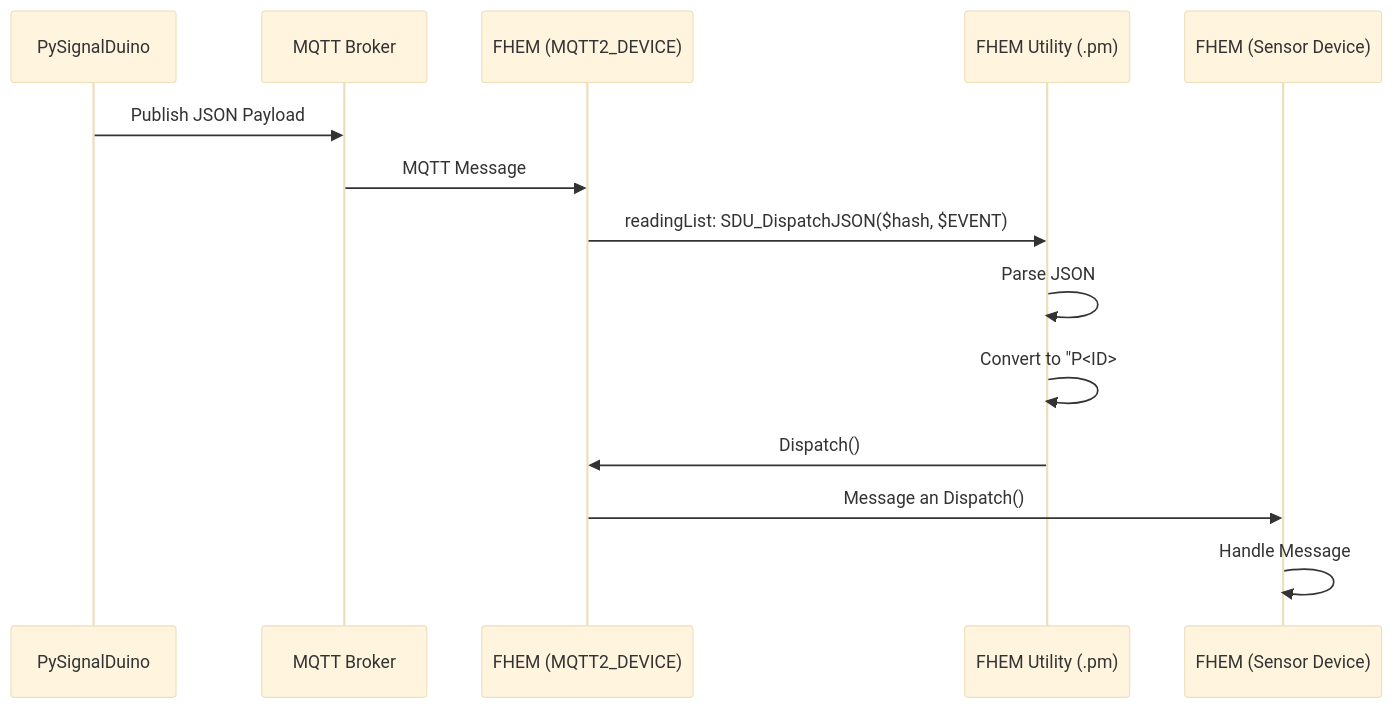
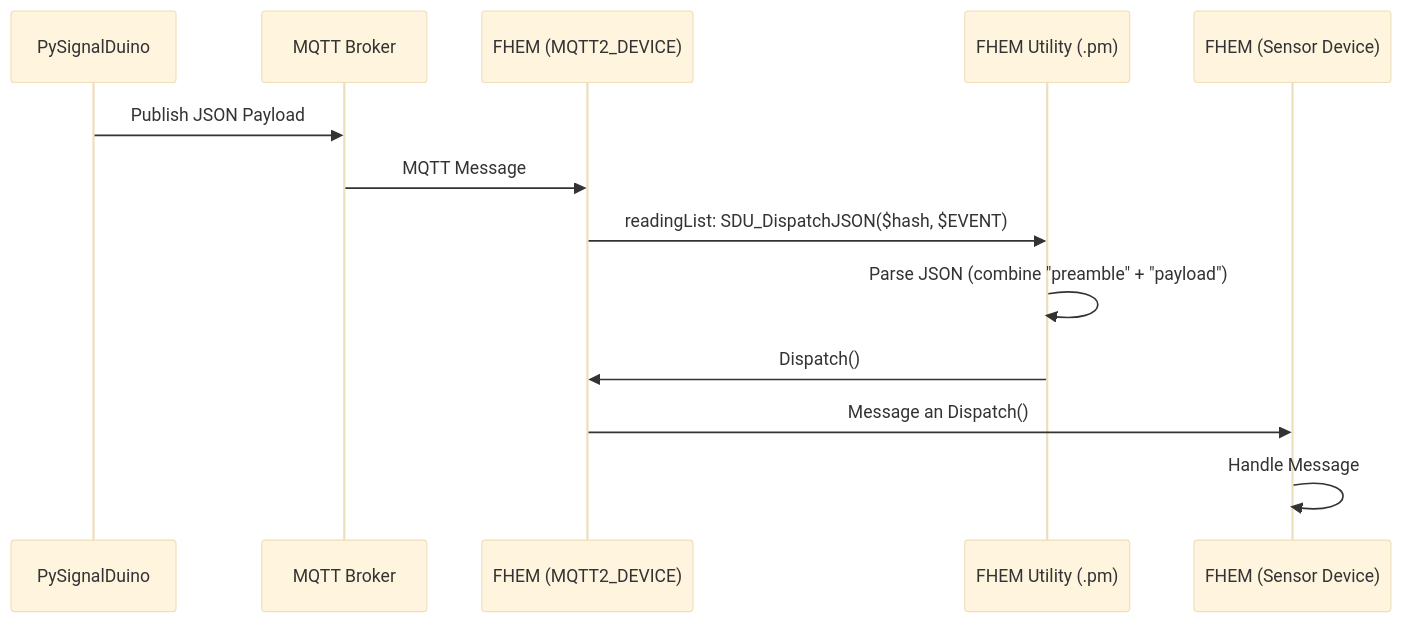
One commit to RFD-FHEM/PySignalduino changed the second of 5 diagrams in docs/architecture/proposals/fhem_mqtt_integration.adoc. Above: the diagram before and after it, drawn with Mermaid (base theme). The commit also changed other lines of this file and 5 other files, not shown here.

```diff
--- a/docs/architecture/proposals/fhem_mqtt_integration.adoc
+++ b/docs/architecture/proposals/fhem_mqtt_integration.adoc
@@ -153,18 +165,17 @@
 [mermaid]
 ....
 sequenceDiagram
     participant P as PySignalDuino
     participant M as MQTT Broker
     participant F as FHEM (MQTT2_DEVICE)
     participant U as FHEM Utility (.pm)
     participant D as FHEM (Sensor Device)
 
     P ->> M: Publish JSON Payload
     M ->> F: MQTT Message
     F ->> U: readingList: SDU_DispatchJSON($hash, $EVENT)
-    U ->> U: Parse JSON
-    U ->> U: Convert to "P<ID>#<DATA>"
+    U ->> U: Parse JSON (combine "preamble" + "payload")
     U ->> F: Dispatch()
     F ->> D: Message an Dispatch()
     D ->> D: Handle Message
 ....
```
